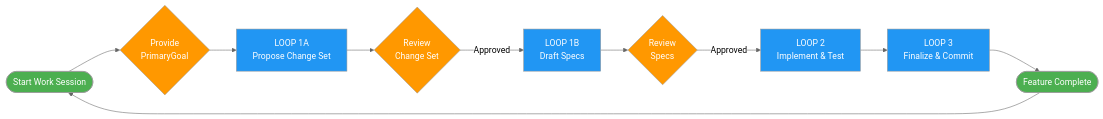
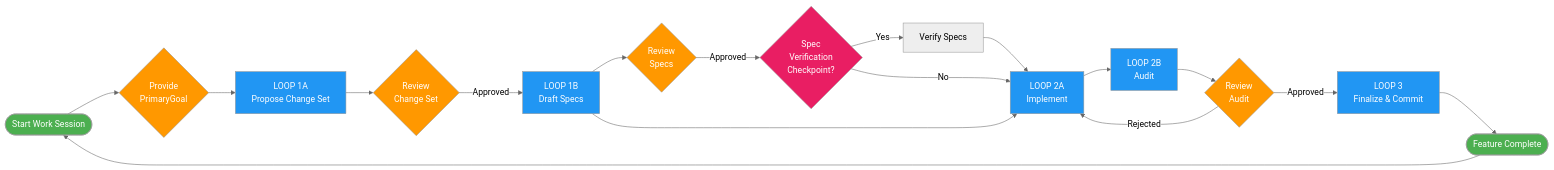
The second of 2 diagrams in docs/noderr_guide.md (kaithoughtarchitect/noderr), drawn with Mermaid (neutral theme) before and after one commit. The commit also changed other lines of this file and 4 other files, not shown here.

````diff
--- a/docs/noderr_guide.md
+++ b/docs/noderr_guide.md
@@ -139,22 +143,31 @@
 ```mermaid
 graph LR
     Start([Start Work Session]) --> Goal{Provide<br/>PrimaryGoal}
     Goal --> L1A[LOOP 1A<br/>Propose Change Set]
     L1A --> Review1{Review<br/>Change Set}
     Review1 -->|Approved| L1B[LOOP 1B<br/>Draft Specs]
     L1B --> Review2{Review<br/>Specs}
-    Review2 -->|Approved| L2[LOOP 2<br/>Implement & Test]
-    L2 --> L3[LOOP 3<br/>Finalize & Commit]
+    Review2 -->|Approved| Gate1{Spec<br/>Verification<br/>Checkpoint?};
+    Gate1 --> |Yes| VerifySpecs[Verify Specs] --> L2A;
+    Gate1 --> |No| L2A;
+    L1B --> L2A[LOOP 2A<br/>Implement]
+    L2A --> L2B[LOOP 2B<br/>Audit]
+    L2B --> Review3{Review<br/>Audit}
+    Review3 --> |Approved| L3[LOOP 3<br/>Finalize & Commit]
+    Review3 --> |Rejected| L2A
     L3 --> Complete([Feature Complete])
     Complete --> Start
 
     style Start fill:#4CAF50,color:#fff
     style Complete fill:#4CAF50,color:#fff
     style Goal fill:#FF9800,color:#fff
     style Review1 fill:#FF9800,color:#fff
     style Review2 fill:#FF9800,color:#fff
+    style Review3 fill:#FF9800,color:#fff
+    style Gate1 fill:#E91E63,color:#fff
     style L1A fill:#2196F3,color:#fff
     style L1B fill:#2196F3,color:#fff
-    style L2 fill:#2196F3,color:#fff
+    style L2A fill:#2196F3,color:#fff
+    style L2B fill:#2196F3,color:#fff
     style L3 fill:#2196F3,color:#fff
 ```
````
